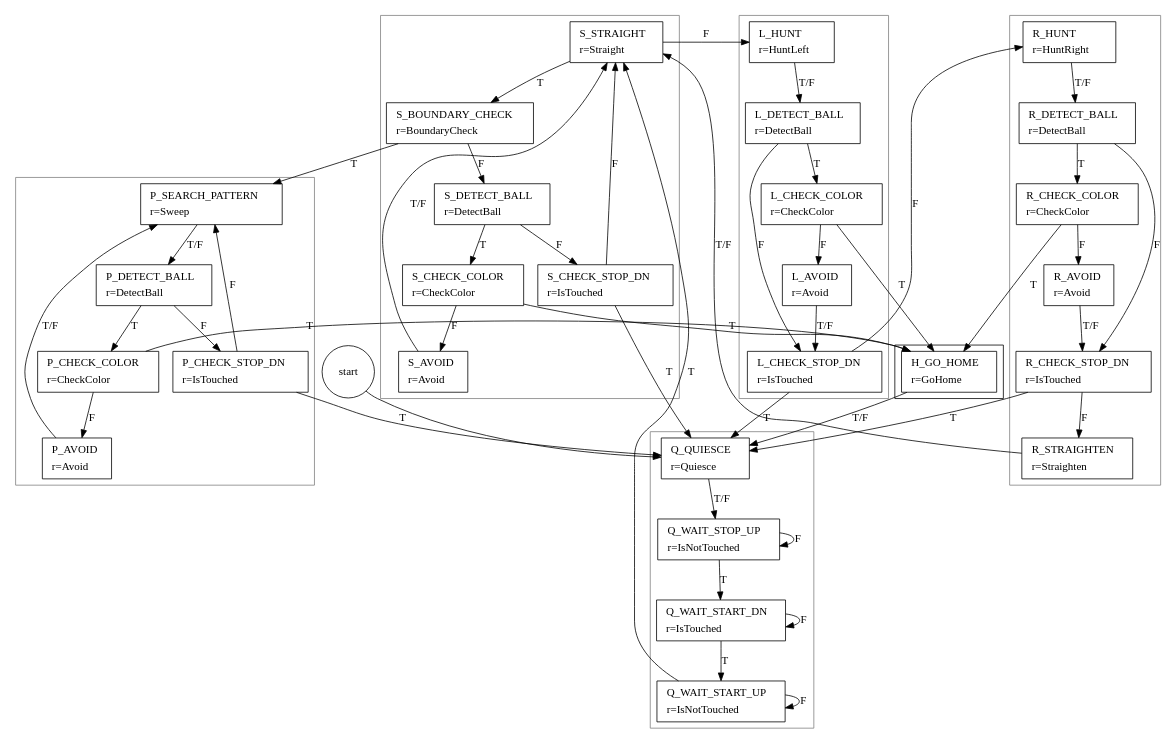
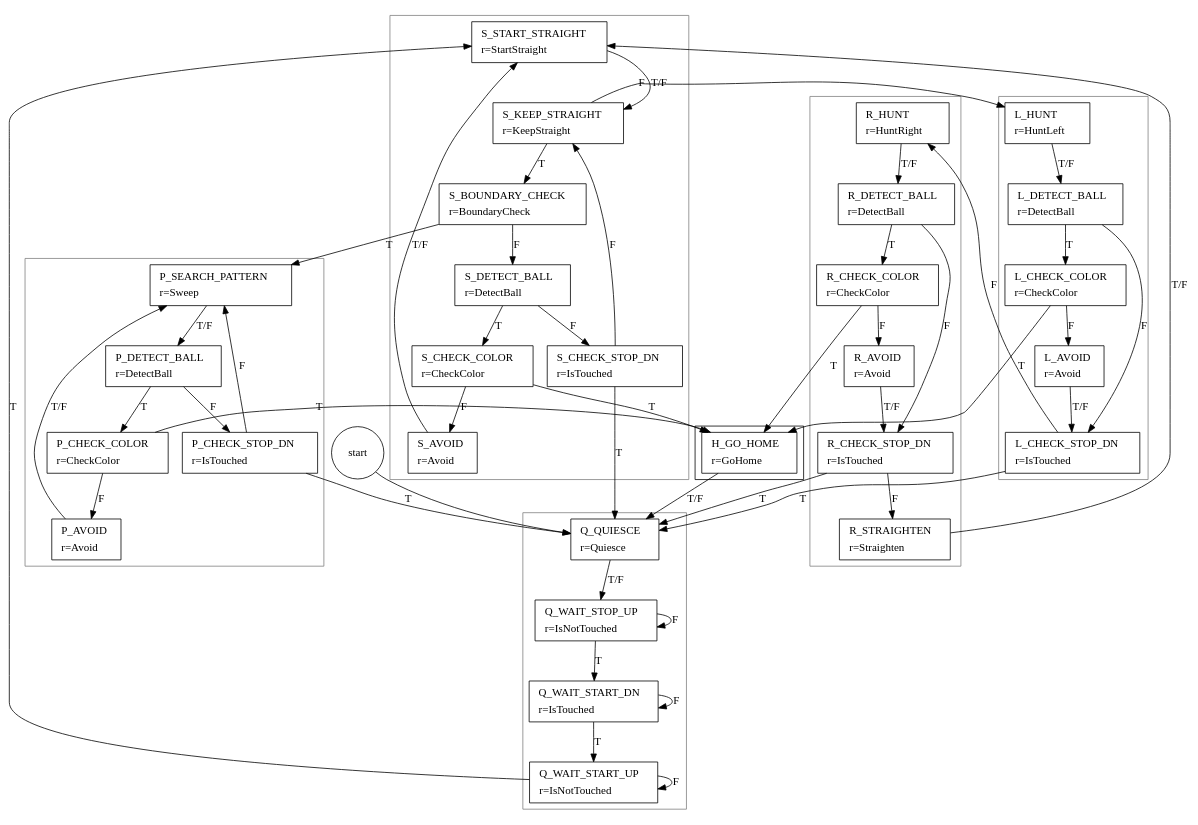
Before and after one commit to greck/0xDEADBEEF: the diagram in FSM.dot, drawn with Graphviz. The commit also changed 6 other files, not shown here.

Commit message:
S_STRAIGHT -> S_START_STRAIGHT,S_KEEP_STRAIGHT

```diff
--- a/FSM.dot
+++ b/FSM.dot
@@ -1,124 +1,126 @@
 digraph FSM {
 
 "START" [ shape=circle label="start" ];
 
 	subgraph cluster_0 {
 
 		color = gray;
 
 		Q_QUIESCE        [ shape=box label=<<table border="0"><tr><td align="left">Q_QUIESCE</td></tr><tr><td align="left">r=Quiesce</td></tr></table>> ];
 		Q_WAIT_STOP_UP   [ shape=box label=<<table border="0"><tr><td align="left">Q_WAIT_STOP_UP</td></tr><tr><td align="left">r=IsNotTouched</td></tr></table>> ];
 		Q_WAIT_START_DN  [ shape=box label=<<table border="0"><tr><td align="left">Q_WAIT_START_DN</td></tr><tr><td align="left">r=IsTouched</td></tr></table>> ];
 		Q_WAIT_START_UP  [ shape=box label=<<table border="0"><tr><td align="left">Q_WAIT_START_UP</td></tr><tr><td align="left">r=IsNotTouched</td></tr></table>> ];
 
 	}
 
 
 	subgraph cluster_1 {
 	
 		color = gray;
 
-		S_STRAIGHT       [ shape=box label=<<table border="0"><tr><td align="left">S_STRAIGHT</td></tr><tr><td align="left">r=Straight</td></tr></table>> ];
+		S_START_STRAIGHT [ shape=box label=<<table border="0"><tr><td align="left">S_START_STRAIGHT</td></tr><tr><td align="left">r=StartStraight</td></tr></table>> ];
+		S_KEEP_STRAIGHT  [ shape=box label=<<table border="0"><tr><td align="left">S_KEEP_STRAIGHT</td></tr><tr><td align="left">r=KeepStraight</td></tr></table>> ];
 		S_BOUNDARY_CHECK [ shape=box label=<<table border="0"><tr><td align="left">S_BOUNDARY_CHECK</td></tr><tr><td align="left">r=BoundaryCheck</td></tr></table>> ];
 		S_DETECT_BALL    [ shape=box label=<<table border="0"><tr><td align="left">S_DETECT_BALL</td></tr><tr><td align="left">r=DetectBall</td></tr></table>> ];
 		S_CHECK_COLOR    [ shape=box label=<<table border="0"><tr><td align="left">S_CHECK_COLOR</td></tr><tr><td align="left">r=CheckColor</td></tr></table>> ];
 		S_AVOID          [ shape=box label=<<table border="0"><tr><td align="left">S_AVOID</td></tr><tr><td align="left">r=Avoid</td></tr></table>> ];
 		S_CHECK_STOP_DN  [ shape=box label=<<table border="0"><tr><td align="left">S_CHECK_STOP_DN</td></tr><tr><td align="left">r=IsTouched</td></tr></table>> ];
 
 	}		
 
 	subgraph cluster_2 {
 	
 		color = gray;
 
 		L_HUNT           [ shape=box label=<<table border="0"><tr><td align="left">L_HUNT</td></tr><tr><td align="left">r=HuntLeft</td></tr></table>> ];
 		L_DETECT_BALL    [ shape=box label=<<table border="0"><tr><td align="left">L_DETECT_BALL</td></tr><tr><td align="left">r=DetectBall</td></tr></table>> ];
 		L_CHECK_COLOR    [ shape=box label=<<table border="0"><tr><td align="left">L_CHECK_COLOR</td></tr><tr><td align="left">r=CheckColor</td></tr></table>> ];
 		L_AVOID          [ shape=box label=<<table border="0"><tr><td align="left">L_AVOID</td></tr><tr><td align="left">r=Avoid</td></tr></table>> ];
 		L_CHECK_STOP_DN  [ shape=box label=<<table border="0"><tr><td align="left">L_CHECK_STOP_DN</td></tr><tr><td align="left">r=IsTouched</td></tr></table>> ];
 
 	}		
 
 	subgraph cluster_3 {
 	
 		color = gray;
 
 		R_HUNT           [ shape=box label=<<table border="0"><tr><td align="left">R_HUNT</td></tr><tr><td align="left">r=HuntRight</td></tr></table>> ];
 		R_DETECT_BALL    [ shape=box label=<<table border="0"><tr><td align="left">R_DETECT_BALL</td></tr><tr><td align="left">r=DetectBall</td></tr></table>> ];
 		R_CHECK_COLOR    [ shape=box label=<<table border="0"><tr><td align="left">R_CHECK_COLOR</td></tr><tr><td align="left">r=CheckColor</td></tr></table>> ];
 		R_AVOID          [ shape=box label=<<table border="0"><tr><td align="left">R_AVOID</td></tr><tr><td align="left">r=Avoid</td></tr></table>> ];
 		R_CHECK_STOP_DN  [ shape=box label=<<table border="0"><tr><td align="left">R_CHECK_STOP_DN</td></tr><tr><td align="left">r=IsTouched</td></tr></table>> ];
 		R_STRAIGHTEN     [ shape=box label=<<table border="0"><tr><td align="left">R_STRAIGHTEN</td></tr><tr><td align="left">r=Straighten</td></tr></table>> ];
 
 	}		
 
 	subgraph cluster_4 {
 	
 		color = gray;
 
 		P_SEARCH_PATTERN [ shape=box label=<<table border="0"><tr><td align="left">P_SEARCH_PATTERN</td></tr><tr><td align="left">r=Sweep</td></tr></table>> ];
 		P_DETECT_BALL    [ shape=box label=<<table border="0"><tr><td align="left">P_DETECT_BALL</td></tr><tr><td align="left">r=DetectBall</td></tr></table>> ];
 		P_CHECK_COLOR    [ shape=box label=<<table border="0"><tr><td align="left">P_CHECK_COLOR</td></tr><tr><td align="left">r=CheckColor</td></tr></table>> ];
 		P_AVOID          [ shape=box label=<<table border="0"><tr><td align="left">P_AVOID</td></tr><tr><td align="left">r=Avoid</td></tr></table>> ];
 		P_CHECK_STOP_DN  [ shape=box label=<<table border="0"><tr><td align="left">P_CHECK_STOP_DN</td></tr><tr><td align="left">r=IsTouched</td></tr></table>> ];
 
 	}
 	
 	subgraph cluster_5 {
 	
 		H_GO_HOME        [ shape=box label=<<table border="0"><tr><td align="left">H_GO_HOME</td></tr><tr><td align="left">r=GoHome</td></tr></table>> ];
 	
 	}
 
 	START            -> Q_QUIESCE;
 	Q_QUIESCE        -> Q_WAIT_STOP_UP   [ label = "T/F" ];
 	Q_WAIT_STOP_UP   -> Q_WAIT_START_DN  [ label = "T" ];
 	Q_WAIT_STOP_UP   -> Q_WAIT_STOP_UP   [ label = "F" ];
 	Q_WAIT_START_DN  -> Q_WAIT_START_UP  [ label = "T" ];
 	Q_WAIT_START_DN  -> Q_WAIT_START_DN  [ label = "F" ];
-	Q_WAIT_START_UP  -> S_STRAIGHT       [ label = "T" ];
+	Q_WAIT_START_UP  -> S_START_STRAIGHT [ label = "T" ];
 	Q_WAIT_START_UP  -> Q_WAIT_START_UP  [ label = "F" ];
 
-	S_STRAIGHT       -> S_BOUNDARY_CHECK [ label = "T" ];
-	S_STRAIGHT       -> L_HUNT           [ label = "F" ];
+	S_START_STRAIGHT -> S_KEEP_STRAIGHT  [ label = "T/F" ];
+	S_KEEP_STRAIGHT  -> S_BOUNDARY_CHECK [ label = "T" ];
+	S_KEEP_STRAIGHT  -> L_HUNT           [ label = "F" ];
 	S_BOUNDARY_CHECK -> P_SEARCH_PATTERN [ label = "T" ];
 	S_BOUNDARY_CHECK -> S_DETECT_BALL    [ label = "F" ];
 	S_DETECT_BALL    -> S_CHECK_COLOR    [ label = "T" ];
 	S_DETECT_BALL    -> S_CHECK_STOP_DN  [ label = "F" ];
 	S_CHECK_COLOR    -> H_GO_HOME        [ label = "T" ];
 	S_CHECK_COLOR    -> S_AVOID          [ label = "F" ];
-	S_AVOID          -> S_STRAIGHT       [ label = "T/F" ];
+	S_AVOID          -> S_START_STRAIGHT [ label = "T/F" ];
 	S_CHECK_STOP_DN  -> Q_QUIESCE        [ label = "T" ];
-	S_CHECK_STOP_DN  -> S_STRAIGHT       [ label = "F" ];
+	S_CHECK_STOP_DN  -> S_KEEP_STRAIGHT  [ label = "F" ];
 
 	L_HUNT           -> L_DETECT_BALL    [ label = "T/F" ];
 	L_DETECT_BALL    -> L_CHECK_COLOR    [ label = "T" ];
 	L_DETECT_BALL    -> L_CHECK_STOP_DN  [ label = "F" ];
 	L_CHECK_COLOR    -> H_GO_HOME        [ label = "T" ];
 	L_CHECK_COLOR    -> L_AVOID          [ label = "F" ];
 	L_AVOID          -> L_CHECK_STOP_DN  [ label = "T/F" ];
 	L_CHECK_STOP_DN  -> Q_QUIESCE        [ label = "T" ];
 	L_CHECK_STOP_DN  -> R_HUNT           [ label = "F" ];
 
 	R_HUNT           -> R_DETECT_BALL    [ label = "T/F" ];
 	R_DETECT_BALL    -> R_CHECK_COLOR    [ label = "T" ];
 	R_DETECT_BALL    -> R_CHECK_STOP_DN  [ label = "F" ];
 	R_CHECK_COLOR    -> H_GO_HOME        [ label = "T" ];
 	R_CHECK_COLOR    -> R_AVOID          [ label = "F" ];
 	R_AVOID          -> R_CHECK_STOP_DN  [ label = "T/F" ];
 	R_CHECK_STOP_DN  -> Q_QUIESCE        [ label = "T" ];
 	R_CHECK_STOP_DN  -> R_STRAIGHTEN     [ label = "F" ];
-	R_STRAIGHTEN     -> S_STRAIGHT       [ label = "T/F" ];
+	R_STRAIGHTEN     -> S_START_STRAIGHT [ label = "T/F" ];
 
 	P_SEARCH_PATTERN -> P_DETECT_BALL    [ label = "T/F" ];
 	P_DETECT_BALL    -> P_CHECK_COLOR    [ label = "T" ];
 	P_DETECT_BALL    -> P_CHECK_STOP_DN  [ label = "F" ];
 	P_CHECK_COLOR    -> H_GO_HOME        [ label = "T" ];
 	P_CHECK_COLOR    -> P_AVOID          [ label = "F" ];
 	P_AVOID          -> P_SEARCH_PATTERN [ label = "T/F" ];
 	P_CHECK_STOP_DN  -> Q_QUIESCE        [ label = "T" ];
 	P_CHECK_STOP_DN  -> P_SEARCH_PATTERN [ label = "F" ];
 	
 	H_GO_HOME        -> Q_QUIESCE        [ label = "T/F" ];
 	
 }
```
